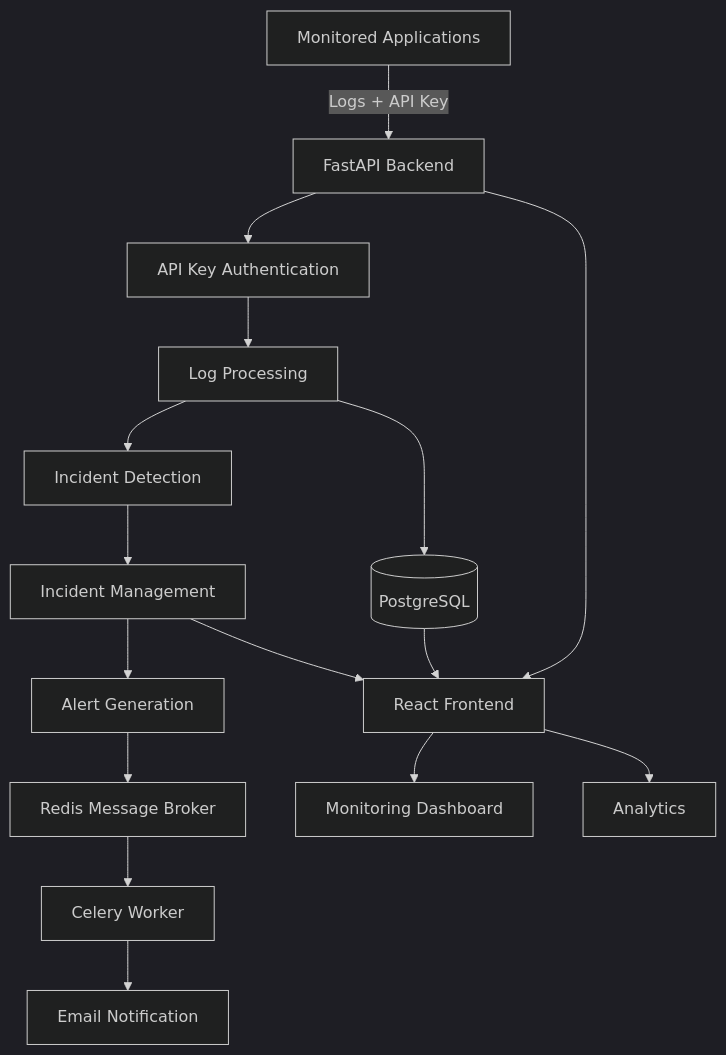
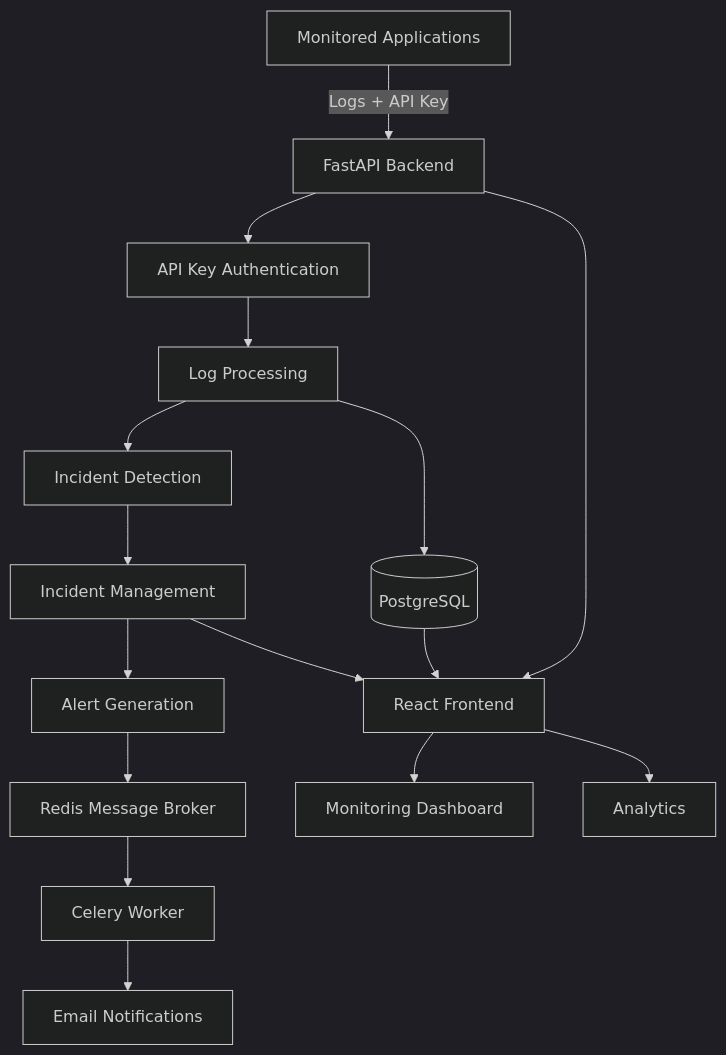
The diagram in README.md (r-sanjana/LogLens), drawn with Mermaid (dark theme) before and after one commit. The commit also changed other lines of this file, not shown here.

````diff
--- a/README.md
+++ b/README.md
@@ -58,18 +74,23 @@
 ```mermaid
 flowchart TD
     A[Monitored Applications] -->|Logs + API Key| B[FastAPI Backend]
+
     B --> C[API Key Authentication]
     C --> D[Log Processing]
+
     D --> E[(PostgreSQL)]
     D --> F[Incident Detection]
+
     F --> G[Incident Management]
     G --> H[Alert Generation]
+
     H --> I[Redis Message Broker]
     I --> J[Celery Worker]
-    J --> K[Email Notification]
+    J --> K[Email Notifications]
+
     B --> L[React Frontend]
     E --> L
     G --> L
     L --> M[Monitoring Dashboard]
     L --> N[Analytics]
 ```
````
